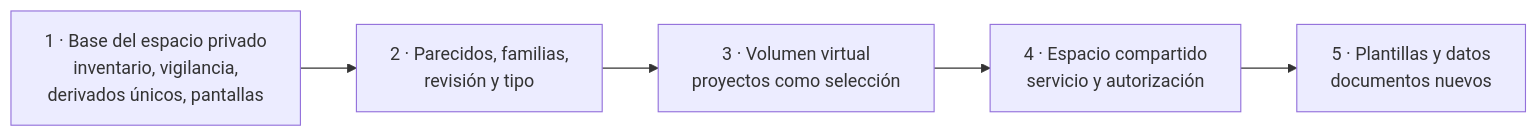
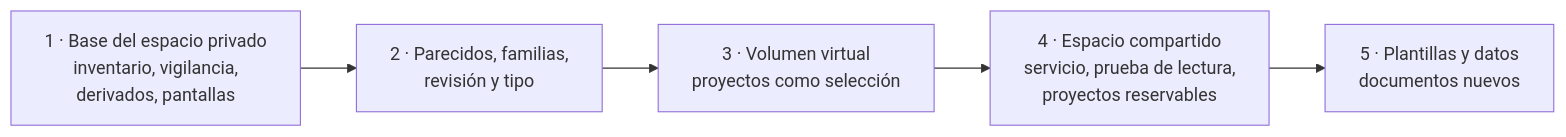
Before and after one commit to Micelya/llm_wiki: the seventh of 7 diagrams in docs/design/base-documental.md, drawn with Mermaid. The commit also changed other lines of this file and 2 other files, not shown here.

First line of the commit message:
docs: consolidate the document base design

````diff
--- a/docs/design/base-documental.md
+++ b/docs/design/base-documental.md
@@ -185,7 +259,7 @@
 ```mermaid
 flowchart LR
-    E1["1 · Base del espacio privado<br/>inventario, vigilancia,<br/>derivados únicos, pantallas"] --> E2["2 · Parecidos, familias,<br/>revisión y tipo"]
+    E1["1 · Base del espacio privado<br/>inventario, vigilancia,<br/>derivados, pantallas"] --> E2["2 · Parecidos, familias,<br/>revisión y tipo"]
     E2 --> E3["3 · Volumen virtual<br/>proyectos como selección"]
-    E3 --> E4["4 · Espacio compartido<br/>servicio y autorización"]
+    E3 --> E4["4 · Espacio compartido<br/>servicio, prueba de lectura,<br/>proyectos reservables"]
     E4 --> E5["5 · Plantillas y datos<br/>documentos nuevos"]
 ```
````
